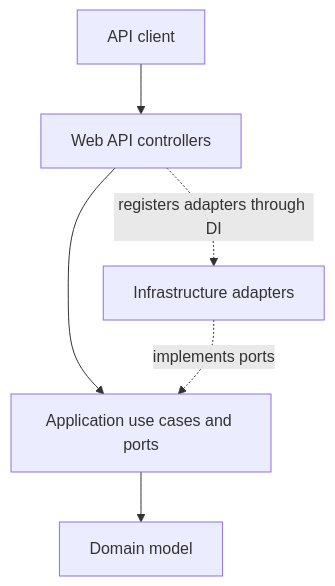
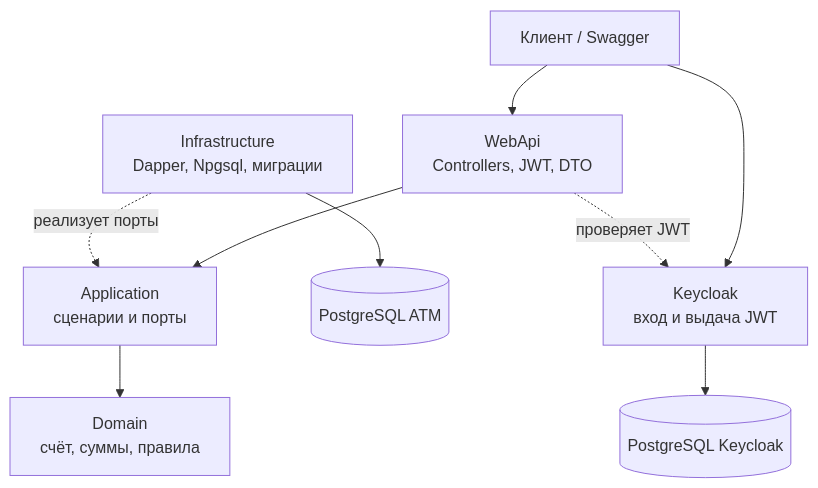
One commit to Alexandr-prog34/aspnet-atm-backend changed the first of 2 diagrams in README.md. Above: the diagram before and after it, drawn with Mermaid. The commit also changed other lines of this file and 91 other files, not shown here.

````diff
--- a/README.md
+++ b/README.md
@@ -39,14 +32,11 @@
 ```mermaid
 flowchart TB
-    Client["API client"]
-    WebApi["Web API controllers"]
-    Application["Application use cases and ports"]
-    Domain["Domain model"]
-    Infrastructure["Infrastructure adapters"]
-
-    Client --> WebApi
-    WebApi --> Application
-    Application --> Domain
-    Infrastructure -. implements ports .-> Application
-    WebApi -. registers adapters through DI .-> Infrastructure
+    Client["Клиент / Swagger"] --> Web["WebApi<br/>Controllers, JWT, DTO"]
+    Web --> App["Application<br/>сценарии и порты"]
+    App --> Domain["Domain<br/>счёт, суммы, правила"]
+    Infra["Infrastructure<br/>Dapper, Npgsql, миграции"] -. "реализует порты" .-> App
+    Infra --> Pg[(PostgreSQL ATM)]
+    Client --> Kc["Keycloak<br/>вход и выдача JWT"]
+    Kc --> KcPg[(PostgreSQL Keycloak)]
+    Web -. "проверяет JWT" .-> Kc
 ```
````
